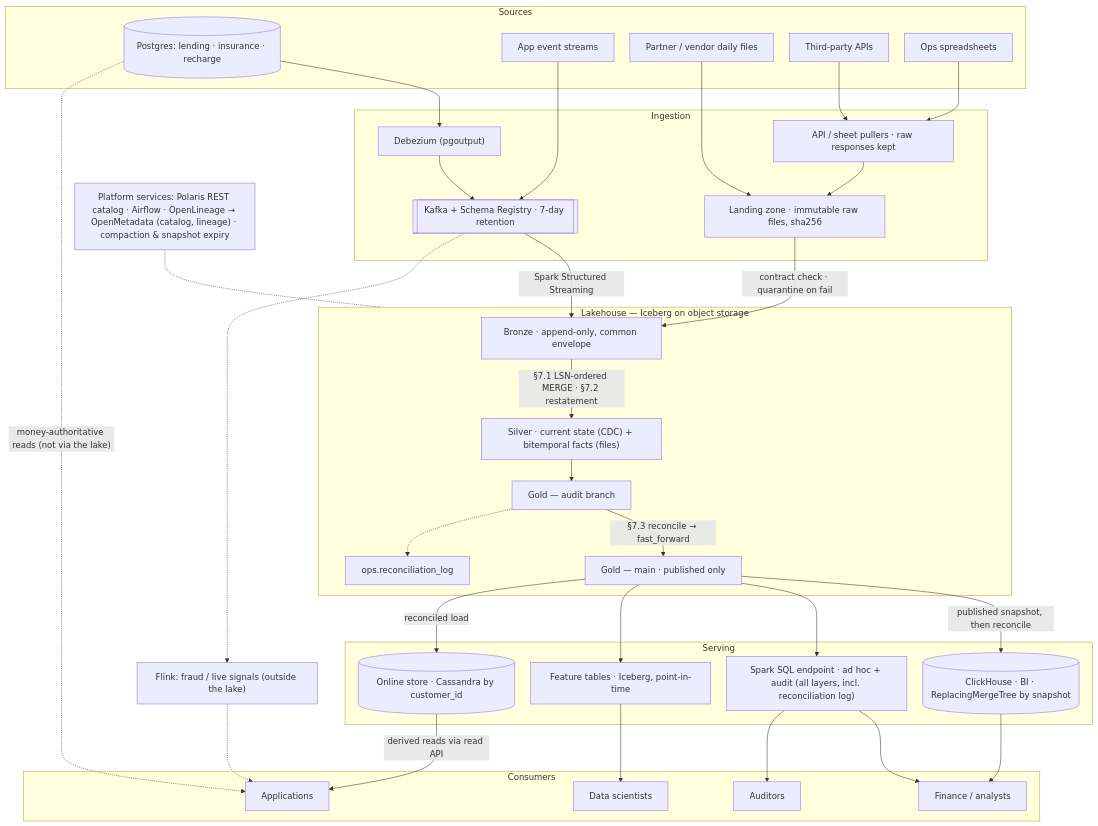
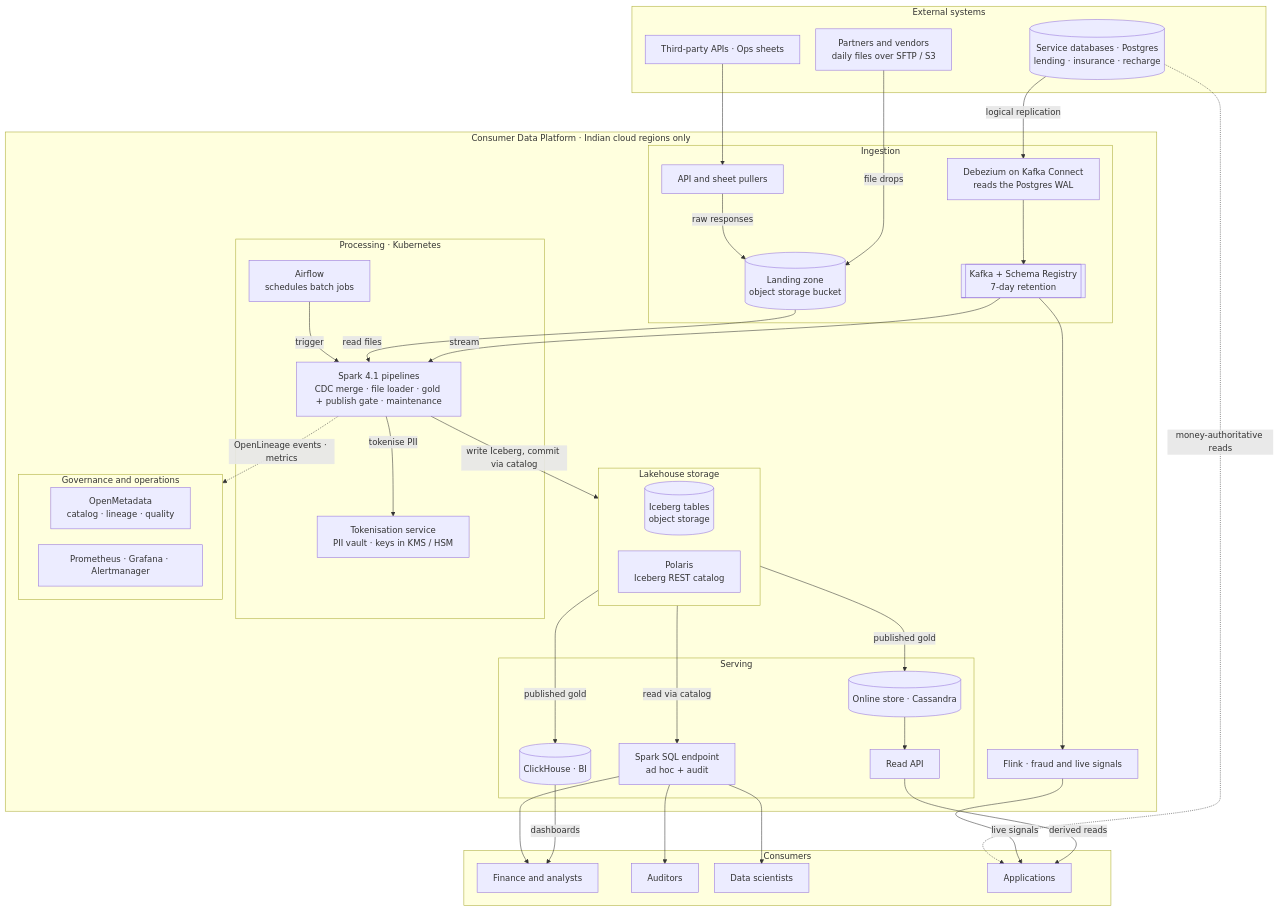
The first of 2 diagrams in docs/design.md (dataguykapil/consumer-biz-data-platform), drawn with Mermaid before and after one commit. The commit also changed other lines of this file and 5 other files, not shown here.

First line of the commit message:
docs: split the architecture diagram into container and data flow views

````diff
--- a/docs/design.md
+++ b/docs/design.md
@@ -40,73 +44,67 @@
 ```mermaid
-%%{init: {"flowchart": {"rankSpacing": 40, "nodeSpacing": 30, "wrappingWidth": 280}}}%%
+%%{init: {"flowchart": {"rankSpacing": 50, "nodeSpacing": 30, "wrappingWidth": 250}}}%%
 flowchart TB
-    subgraph SRC["Sources"]
-        PG[("Postgres: lending · insurance · recharge")]
-        EV["App event streams"]
-        PF["Partner / vendor daily files"]
-        API["Third-party APIs"]
-        SH["Ops spreadsheets"]
+    subgraph EXT["External systems"]
+        PG[("Service databases · Postgres<br/>lending · insurance · recharge")]
+        PARTNER["Partners and vendors<br/>daily files over SFTP / S3"]
+        API3["Third-party APIs · Ops sheets"]
     end
 
-    subgraph ING["Ingestion"]
-        DBZ["Debezium (pgoutput)"]
-        K[["Kafka + Schema Registry · 7-day retention"]]
-        PULL["API / sheet pullers · raw responses kept"]
-        LZ["Landing zone · immutable raw files, sha256"]
+    subgraph CDP["Consumer Data Platform · Indian cloud regions only"]
+        subgraph ING["Ingestion"]
+            DBZ["Debezium on Kafka Connect<br/>reads the Postgres WAL"]
+            KAFKA[["Kafka + Schema Registry<br/>7-day retention"]]
+            PULL["API and sheet pullers"]
+            LZ[("Landing zone<br/>object storage bucket")]
+        end
+        subgraph PROC["Processing · Kubernetes"]
+            AIR["Airflow<br/>schedules batch jobs"]
+            JOBS["Spark 4.1 pipelines<br/>CDC merge · file loader · gold + publish gate · maintenance"]
+            TOK["Tokenisation service<br/>PII vault · keys in KMS / HSM"]
+        end
+        subgraph STORE["Lakehouse storage"]
+            S3[("Iceberg tables<br/>object storage")]
+            POL["Polaris<br/>Iceberg REST catalog"]
+        end
+        subgraph SERVE["Serving"]
+            CH[("ClickHouse · BI")]
+            SQ["Spark SQL endpoint<br/>ad hoc + audit"]
+            OS[("Online store · Cassandra")]
+            RAPI["Read API"]
+        end
+        subgraph GOV["Governance and operations"]
+            OM["OpenMetadata<br/>catalog · lineage · quality"]
+            MON["Prometheus · Grafana · Alertmanager"]
+        end
+        FLINK["Flink · fraud and live signals"]
     end
 
-    FLINK["Flink: fraud / live signals (outside the lake)"]
-
-    subgraph LH["Lakehouse — Iceberg on object storage"]
-        BR["Bronze · append-only, common envelope"]
-        SI["Silver · current state (CDC) + bitemporal facts (files)"]
-        GB["Gold — audit branch"]
-        GM["Gold — main · published only"]
-        RL["ops.reconciliation_log"]
+    subgraph USERS["Consumers"]
+        ANALYST["Finance and analysts"]
+        AUD["Auditors"]
+        DS["Data scientists"]
+        APPS["Applications"]
     end
 
-    PLAT["Platform services: Polaris REST catalog · Airflow · OpenLineage → OpenMetadata (catalog, lineage) · compaction &amp; snapshot expiry"]
-
-    subgraph SRV["Serving"]
-        CH[("ClickHouse · BI · ReplacingMergeTree by snapshot")]
-        OS[("Online store · Cassandra by customer_id")]
-        SQ["Spark SQL endpoint · ad hoc + audit (all layers, incl. reconciliation log)"]
-        FT["Feature tables · Iceberg, point-in-time"]
-    end
-
-    subgraph CON["Consumers"]
-        APP["Applications"]
-        FIN["Finance / analysts"]
-        AUD["Auditors"]
-        DS["Data scientists"]
-    end
-
-    PG --> DBZ --> K
-    EV --> K
-    PF --> LZ
-    API --> PULL
-    SH --> PULL
-    PULL --> LZ
-
-    K -- "Spark Structured Streaming" --> BR
-    LZ -- "contract check · quarantine on fail" --> BR
-    BR -- "§7.1 LSN-ordered MERGE · §7.2 restatement" --> SI
-    SI --> GB
-    GB -- "§7.3 reconcile → fast_forward" --> GM
-    GB -.-> RL
-    PLAT -.- LH
-
-    GM -- "published snapshot, then reconcile" --> CH
-    GM --> SQ
-    GM --> FT
-    GM -- "reconciled load" --> OS
-
-    OS -- "derived reads via read API" --> APP
-    CH --> FIN
-    SQ --> FIN
+    PG -- "logical replication" --> DBZ --> KAFKA
+    PARTNER -- "file drops" --> LZ
+    API3 --> PULL -- "raw responses" --> LZ
+    KAFKA -- "stream" --> JOBS
+    LZ -- "read files" --> JOBS
+    AIR -- "trigger" --> JOBS
+    JOBS -- "tokenise PII" --> TOK
+    JOBS -- "write Iceberg, commit via catalog" --> STORE
+    STORE -- "published gold" --> CH
+    STORE -- "published gold" --> OS
+    STORE -- "read via catalog" --> SQ
+    OS --> RAPI
+    CH -- "dashboards" --> ANALYST
+    SQ --> ANALYST
     SQ --> AUD
-    FT --> DS
-
-    K -.-> FLINK -.-> APP
-    PG -. "money-authoritative reads (not via the lake)" .-> APP
+    SQ --> DS
+    RAPI -- "derived reads" --> APPS
+    KAFKA --> FLINK
+    FLINK -- "live signals" --> APPS
+    PG -. "money-authoritative reads" .-> APPS
+    JOBS -. "OpenLineage events · metrics" .-> GOV
 ```
````
